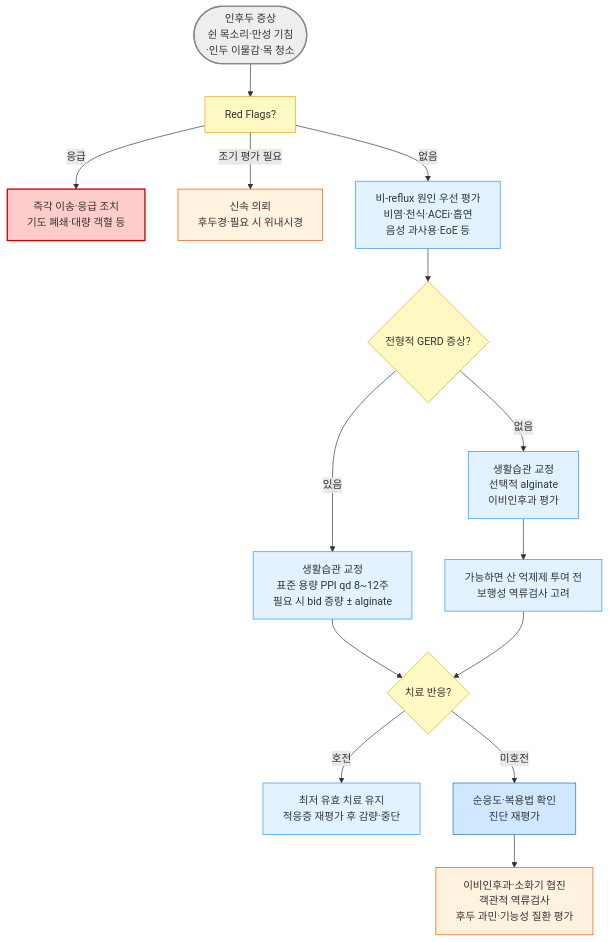
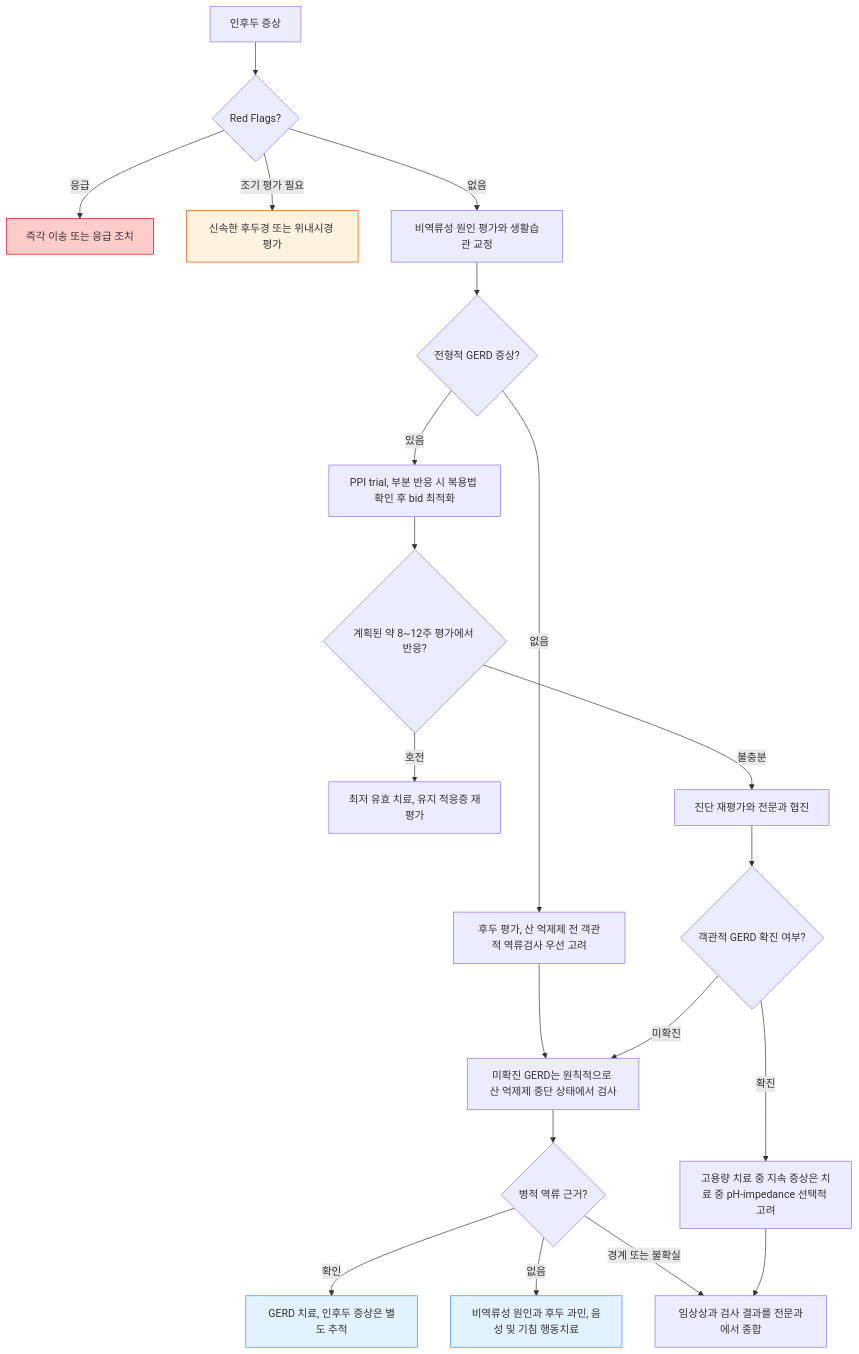
Before and after one commit to familyoh77/familyoh77: the diagram in 223_/062_-laryngopharyngeal-reflux-lpr.md, drawn with Mermaid. The commit also changed other lines of this file and 2 other files, not shown here.

````diff
--- a/223_/062_-laryngopharyngeal-reflux-lpr.md
+++ b/223_/062_-laryngopharyngeal-reflux-lpr.md
@@ -92,27 +94,26 @@
 ```mermaid
 graph TD
-A([인후두 증상<br/>쉰 목소리·만성 기침<br/>·인두 이물감·목 청소]) --> B[Red Flags?]
-B -->|응급| C["즉각 이송·응급 조치<br/>기도 폐쇄·대량 객혈 등"]
-B -->|조기 평가 필요| D["신속 의뢰<br/>후두경·필요 시 위내시경"]
-B -->|없음| E["비-reflux 원인 우선 평가<br/>비염·천식·ACEi·흡연<br/>음성 과사용·EoE 등"]
-E --> F{전형적 GERD 증상?}
-F -->|있음| G["생활습관 교정<br/>표준 용량 PPI qd 8~12주<br/>필요 시 bid 증량 ± alginate"]
-F -->|없음| H["생활습관 교정<br/>선택적 alginate<br/>이비인후과 평가"]
-H --> I["가능하면 산 억제제 투여 전<br/>보행성 역류검사 고려"]
-G --> J{치료 반응?}
-I --> J
-J -->|호전| K["최저 유효 치료 유지<br/>적응증 재평가 후 감량·중단"]
-J -->|미호전| L["순응도·복용법 확인<br/>진단 재평가"]
-L --> M["이비인후과·소화기 협진<br/>객관적 역류검사<br/>후두 과민·기능성 질환 평가"]
-
-style A fill:#eeeeee,stroke:#888888,stroke-width:2px
-classDef yellow fill:#fff9c4,stroke:#f39c12
-class B,F,J yellow
-classDef sky fill:#e3f2ff,stroke:#2196f3
-class E,G,H,I,K sky
-style L fill:#d0e8ff,stroke:#1a6abf
-    style C fill:#ffcccc,stroke:#cc0000,stroke-width:2px
+    A["인후두 증상"] --> B{"Red Flags?"}
+    B -->|응급| C["즉각 이송 또는 응급 조치"]
+    B -->|조기 평가 필요| D["신속한 후두경 또는 위내시경 평가"]
+    B -->|없음| E["비역류성 원인 평가와 생활습관 교정"]
+    E --> F{"전형적 GERD 증상?"}
+    F -->|있음| G["PPI trial, 부분 반응 시 복용법 확인 후 bid 최적화"]
+    G --> H{"계획된 약 8~12주 평가에서 반응?"}
+    H -->|호전| I["최저 유효 치료, 유지 적응증 재평가"]
+    H -->|불충분| J["진단 재평가와 전문과 협진"]
+    F -->|없음| K["후두 평가, 산 억제제 전 객관적 역류검사 우선 고려"]
+    K --> L["미확진 GERD는 원칙적으로 산 억제제 중단 상태에서 검사"]
+    J --> R{"객관적 GERD 확진 여부?"}
+    R -->|미확진| L
+    R -->|확진| Q["고용량 치료 중 지속 증상은 치료 중 pH-impedance 선택적 고려"]
+    L --> M{"병적 역류 근거?"}
+    M -->|확인| N["GERD 치료, 인후두 증상은 별도 추적"]
+    M -->|없음| O["비역류성 원인과 후두 과민, 음성 및 기침 행동치료"]
+    M -->|경계 또는 불확실| P["임상상과 검사 결과를 전문과에서 종합"]
+    Q --> P
+    style C fill:#ffcccc,stroke:#cc0000
     style D fill:#fff3e0,stroke:#e65100
-    style M fill:#fff3e0,stroke:#e65100
-
+    style N fill:#e3f2ff,stroke:#2196f3
+    style O fill:#e3f2ff,stroke:#2196f3
 ```
````
